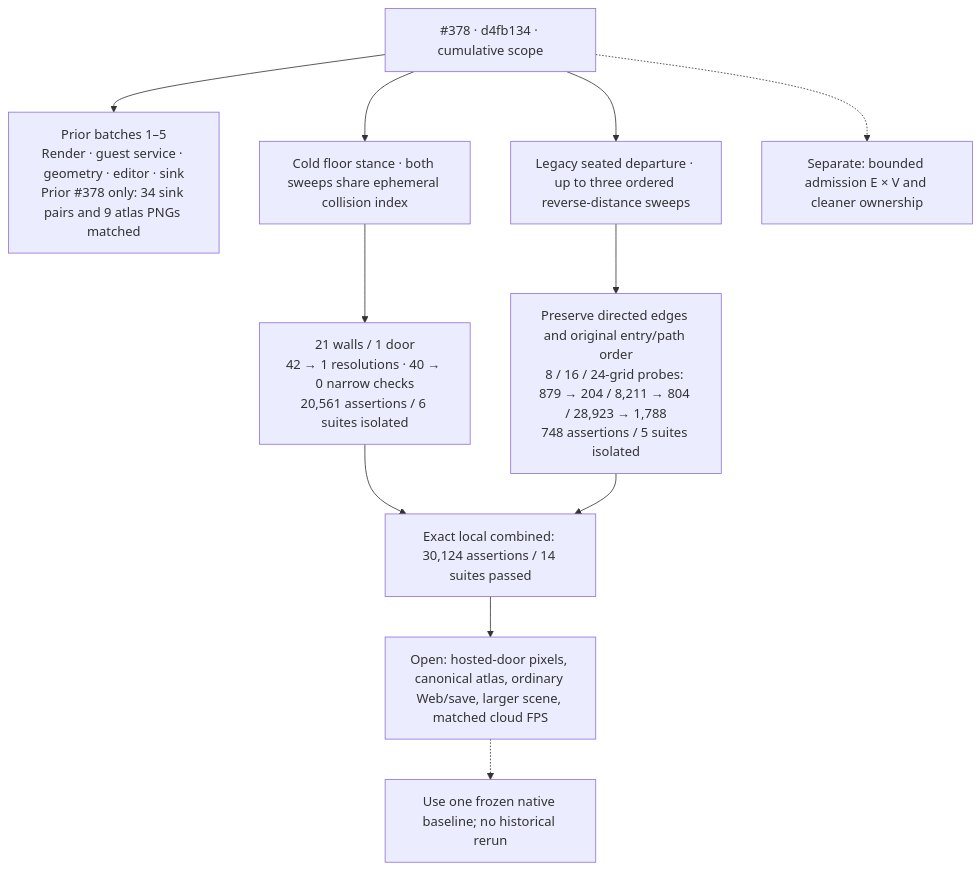
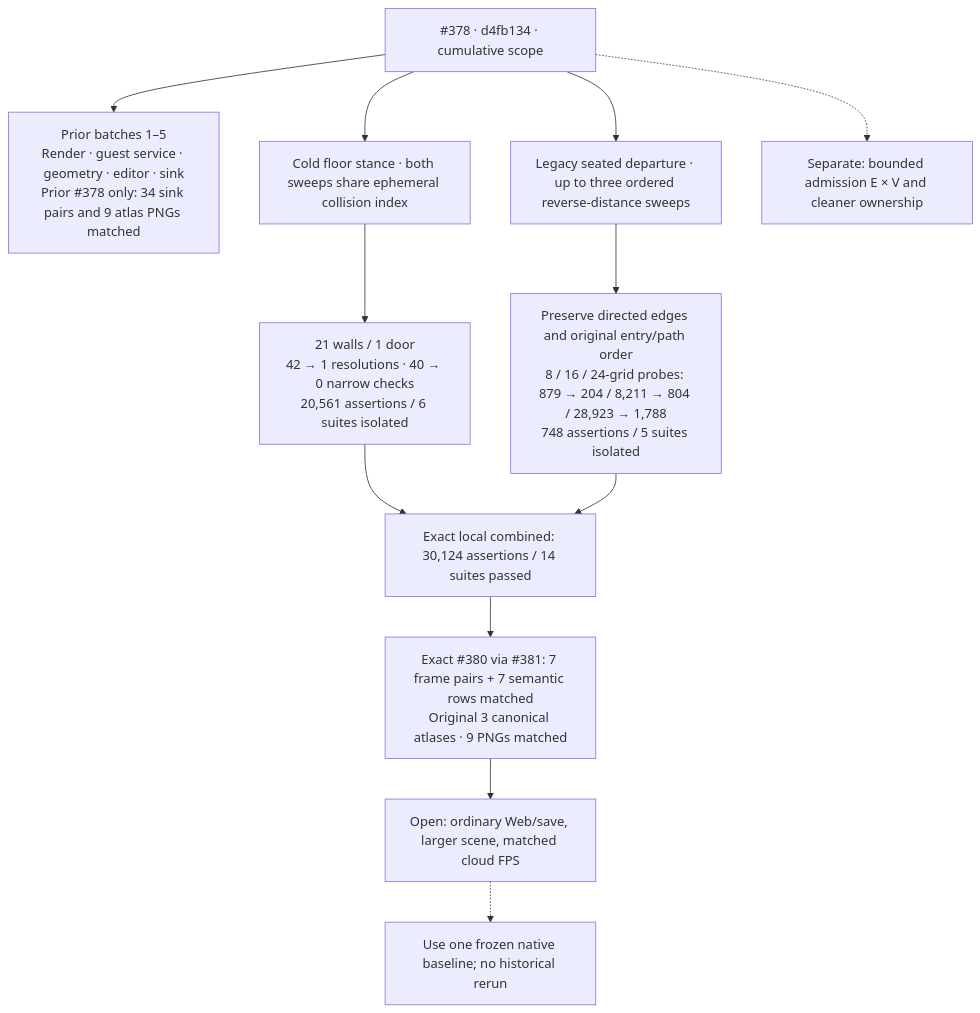
The diagram in docs/development/scaling-hotpaths-6/scaling-hotpaths-6.mmd (yiyousiow000814/little-leaf), drawn with Mermaid before and after one commit. The commit also changed 4 other files, not shown here.

Commit message:
test: bind exact cold-floor visual and atlas qualification

```diff
--- a/docs/development/scaling-hotpaths-6/scaling-hotpaths-6.mmd
+++ b/docs/development/scaling-hotpaths-6/scaling-hotpaths-6.mmd
@@ -1,11 +1,12 @@
 flowchart TD
     BASE["#378 · d4fb134 · cumulative scope"] --> OLD["Prior batches 1–5<br/>Render · guest service · geometry · editor · sink<br/>Prior #378 only: 34 sink pairs and 9 atlas PNGs matched"]
     BASE --> FLOOR["Cold floor stance · both sweeps share ephemeral collision index"]
     BASE --> EXIT["Legacy seated departure · up to three ordered reverse-distance sweeps"]
     FLOOR --> FPROOF["21 walls / 1 door<br/>42 → 1 resolutions · 40 → 0 narrow checks<br/>20,561 assertions / 6 suites isolated"]
     EXIT --> EPROOF["Preserve directed edges and original entry/path order<br/>8 / 16 / 24-grid probes: 879 → 204 / 8,211 → 804 / 28,923 → 1,788<br/>748 assertions / 5 suites isolated"]
     FPROOF --> Q["Exact local combined: 30,124 assertions / 14 suites passed"]
     EPROOF --> Q
-    Q --> RUN["Open: hosted-door pixels, canonical atlas, ordinary Web/save, larger scene, matched cloud FPS"]
+    Q --> VIS["Exact #380 via #381: 7 frame pairs + 7 semantic rows matched<br/>Original 3 canonical atlases · 9 PNGs matched"]
+    VIS --> RUN["Open: ordinary Web/save, larger scene, matched cloud FPS"]
     BASE -.-> REM["Separate: bounded admission E × V and cleaner ownership"]
     RUN -.-> FROZEN["Use one frozen native baseline; no historical rerun"]
```
